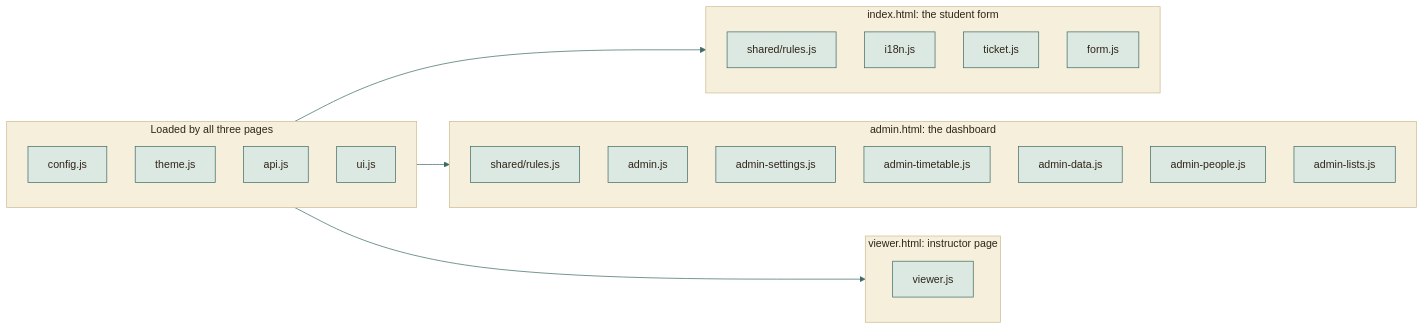
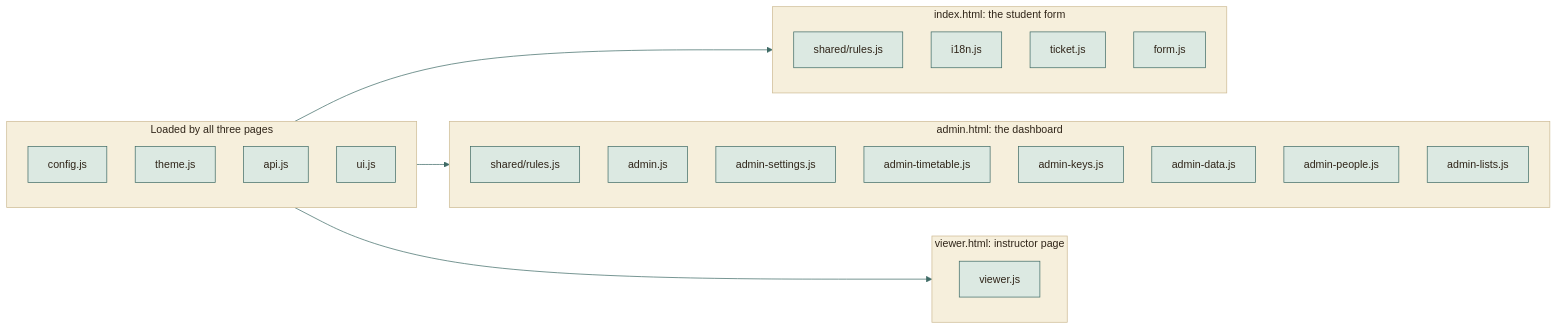
Before and after one commit to moyeh04/forms-platform: the second of 3 diagrams in docs/MODULES.md, drawn with Mermaid. The commit also changed other lines of this file and 6 other files, not shown here.

````diff
--- a/docs/MODULES.md
+++ b/docs/MODULES.md
@@ -59,58 +59,59 @@
 ```mermaid
 %%{init: {
   'theme': 'base',
   'themeVariables': {
     'fontFamily': 'ui-sans-serif, system-ui, -apple-system, Segoe UI, Roboto, sans-serif',
     'fontSize': '15px',
     'primaryColor': '#DCE9E2', 'primaryBorderColor': '#3F6B66', 'primaryTextColor': '#2F2418',
     'secondaryColor': '#F0E4C8', 'secondaryBorderColor': '#C9A24A', 'secondaryTextColor': '#2F2418',
     'tertiaryColor': '#F6EFDC', 'tertiaryBorderColor': '#CDBB94', 'tertiaryTextColor': '#2F2418',
     'lineColor': '#3F6B66', 'textColor': '#2F2418', 'mainBkg': '#DCE9E2', 'nodeBorder': '#3F6B66',
     'clusterBkg': '#F6EFDC', 'clusterBorder': '#CDBB94', 'titleColor': '#2F2418',
     'edgeLabelBackground': '#F8F1DD',
     'actorBkg': '#DCE9E2', 'actorBorder': '#3F6B66', 'actorTextColor': '#2F2418', 'actorLineColor': '#8FB3AB',
     'signalColor': '#477A73', 'signalTextColor': '#477A73',
     'labelBoxBkgColor': '#F0E4C8', 'labelBoxBorderColor': '#C9A24A', 'labelTextColor': '#2F2418', 'loopTextColor': '#6A5A44',
     'noteBkgColor': '#FBEFC9', 'noteBorderColor': '#C9A24A', 'noteTextColor': '#2F2418',
     'activationBkgColor': '#DCE9E2', 'activationBorderColor': '#3F6B66', 'sequenceNumberColor': '#F8F1DD',
     'transitionColor': '#3F6B66', 'stateLabelColor': '#2F2418', 'stateBkg': '#DCE9E2', 'altBackground': '#F6EFDC',
     'attributeBackgroundColorOdd': '#F8F1DD', 'attributeBackgroundColorEven': '#F0E4C8'
   },
   'flowchart': {'curve': 'basis', 'padding': 14, 'nodeSpacing': 40, 'rankSpacing': 46},
   'sequence': {'mirrorActors': false, 'messageMargin': 34, 'boxMargin': 8}
 }}%%
 flowchart LR
     subgraph common["Loaded by all three pages"]
         cfg["config.js"]
         th["theme.js"]
         api["api.js"]
         ui["ui.js"]
     end
     subgraph index["index.html: the student form"]
         r1["shared/rules.js"]
         i18n["i18n.js"]
         tk["ticket.js"]
         fm["form.js"]
     end
     subgraph admin["admin.html: the dashboard"]
         r2["shared/rules.js"]
         a1["admin.js"]
         a2["admin-settings.js"]
         a5["admin-timetable.js"]
+        a7["admin-keys.js"]
         a3["admin-data.js"]
         a4["admin-people.js"]
         a6["admin-lists.js"]
     end
     subgraph viewer["viewer.html: instructor page"]
         v1["viewer.js"]
     end
     common --> index
     common --> admin
     common --> viewer
     classDef cDb fill:#F3E2B3,stroke:#B8892D,stroke-width:1.5px,color:#2F2418
     classDef cActor fill:#F4D9D3,stroke:#9A3328,stroke-width:1.5px,color:#2F2418
     classDef cDec fill:#FBEFC9,stroke:#C9A24A,stroke-width:1.5px,color:#2F2418
     classDef cEnd fill:#2F2418,stroke:#2F2418,color:#F8F1DD
     classDef cErr fill:#F6D5CF,stroke:#A12B1F,stroke-width:1.5px,color:#5A140C
     classDef cOk fill:#BFD9CF,stroke:#2E5A55,stroke-width:1.5px,color:#17302D
 ```
````
